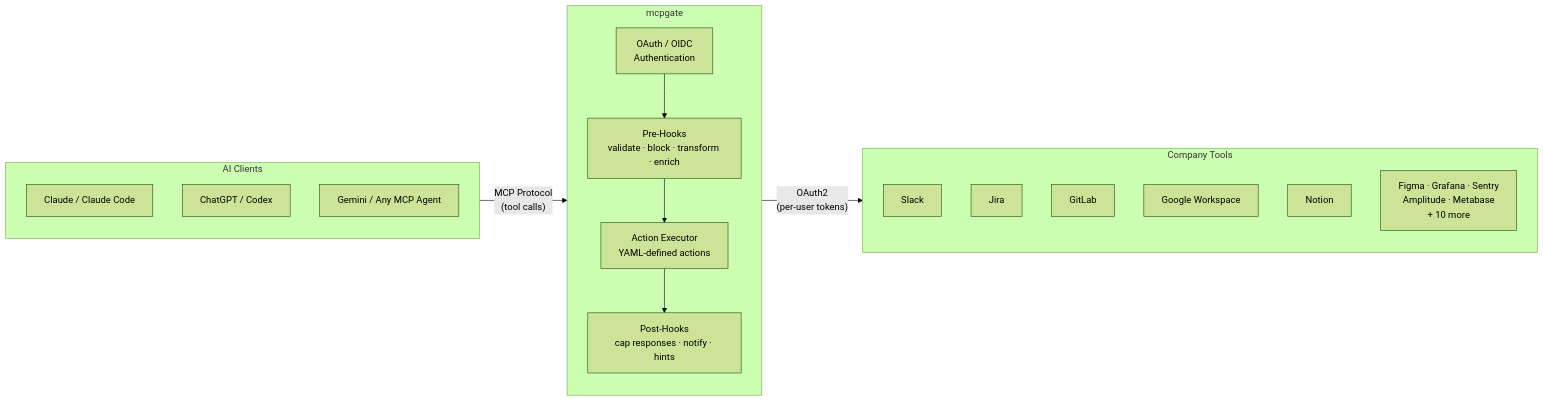
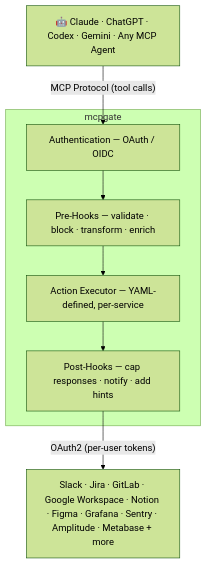
Before and after one commit to Mcpgate-de/mcpgate: the diagram in README.md, drawn with Mermaid (forest theme).

Commit message:
Simplify architecture diagram: vertical flow, less width

````diff
--- a/README.md
+++ b/README.md
@@ -56,30 +56,19 @@
 ```mermaid
-flowchart LR
-    subgraph AI["AI Clients"]
-        Claude["Claude / Claude Code"]
-        ChatGPT["ChatGPT / Codex"]
-        Other["Gemini / Any MCP Agent"]
-    end
+flowchart TB
+    AI["🤖 Claude · ChatGPT · Codex · Gemini · Any MCP Agent"]
+    
+    AI -- "MCP Protocol (tool calls)" --> Auth
 
     subgraph GW["mcpgate"]
-        direction TB
-        Auth["OAuth / OIDC\nAuthentication"]
-        Pre["Pre-Hooks\nvalidate · block · transform · enrich"]
-        Exec["Action Executor\nYAML-defined actions"]
-        Post["Post-Hooks\ncap responses · notify · hints"]
+        Auth["Authentication — OAuth / OIDC"]
+        Pre["Pre-Hooks — validate · block · transform · enrich"]
+        Exec["Action Executor — YAML-defined, per-service"]
+        Post["Post-Hooks — cap responses · notify · add hints"]
 
         Auth --> Pre --> Exec --> Post
     end
 
-    subgraph Services["Company Tools"]
-        Slack["Slack"]
-        Jira["Jira"]
-        GitLab["GitLab"]
-        Google["Google Workspace"]
-        Notion["Notion"]
-        More["Figma · Grafana · Sentry\nAmplitude · Metabase\n+ 10 more"]
-    end
+    Post -- "OAuth2 (per-user tokens)" --> Services
 
-    AI -- "MCP Protocol\n(tool calls)" --> GW
-    GW -- "OAuth2\n(per-user tokens)" --> Services
+    Services["Slack · Jira · GitLab · Google Workspace · Notion · Figma · Grafana · Sentry · Amplitude · Metabase + more"]
 ```
````
